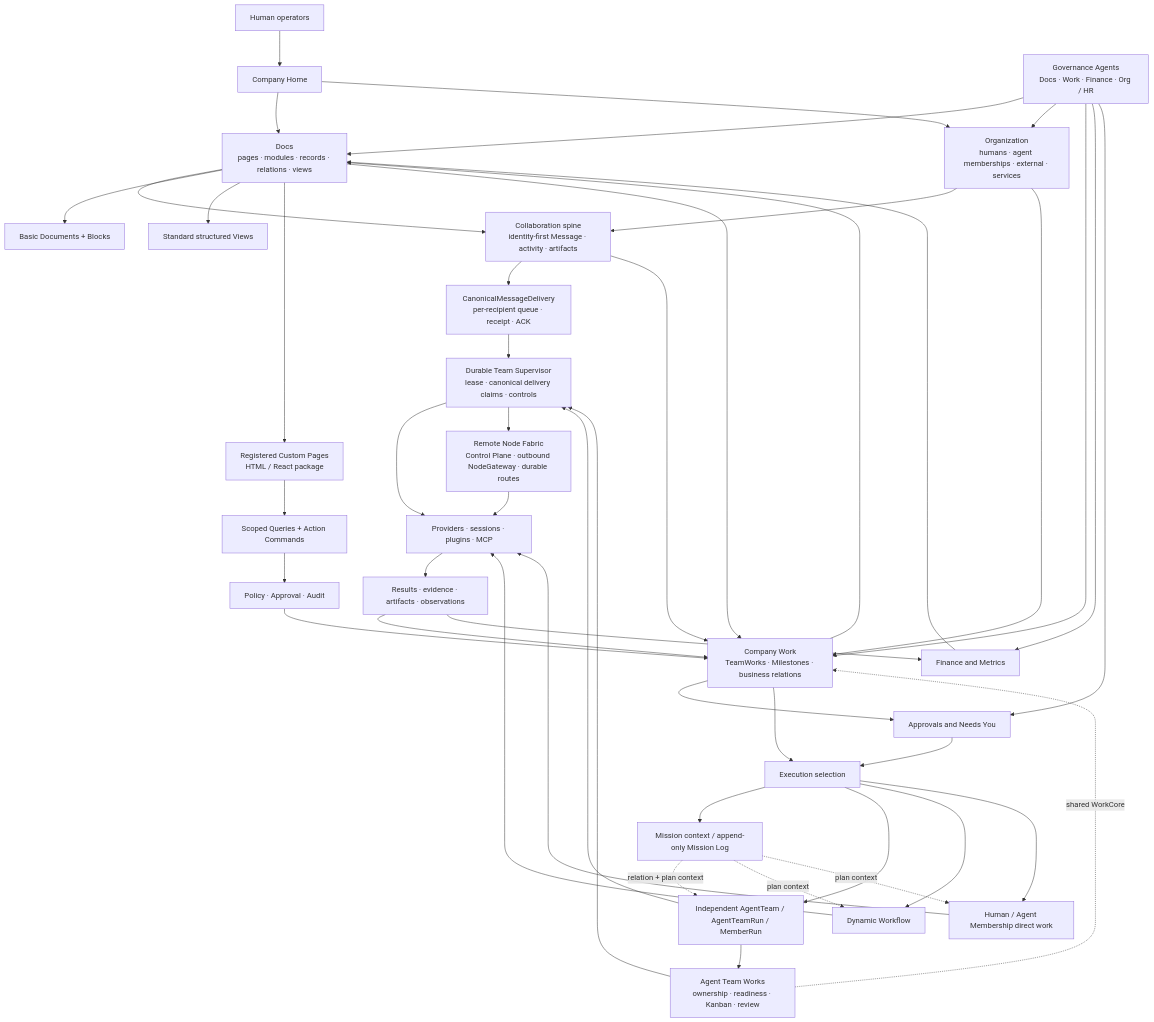
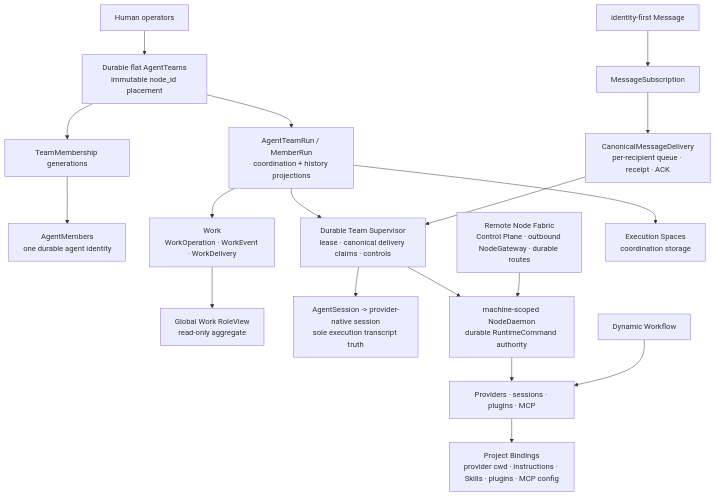
Before and after one commit to cyl19970726/multi-agent-harness: the diagram in docs/current/architecture/architecture-map.md, drawn with Mermaid. The commit also changed other lines of this file and 15 other files, not shown here.

First line of the commit message:
docs(wip): rewrite product/architecture docs for the DOC-108 cutover; archive the Mission-orchestration skill

````diff
--- a/docs/current/architecture/architecture-map.md
+++ b/docs/current/architecture/architecture-map.md
@@ -8,74 +9,39 @@
 ```mermaid
 flowchart TB
   Human["Human operators"]
-  Home["Company Home"]
-  Docs["Docs\npages · modules · records · relations · views"]
-  Blocks["Basic Documents + Blocks"]
-  Views["Standard structured Views"]
-  Custom["Registered Custom Pages\nHTML / React package"]
-  Actions["Scoped Queries + Action Commands"]
-  Policy["Policy · Approval · Audit"]
-  Org["Organization\nhumans · agent memberships · external · services"]
-  Collab["Collaboration spine\nidentity-first Message · activity · artifacts"]
+  Teams["Durable flat AgentTeams\nimmutable node_id placement"]
+  Members["AgentMembers\none durable agent identity"]
+  Membership["TeamMembership generations"]
+  Runs["AgentTeamRun / MemberRun\ncoordination + history projections"]
+  Supervisor["Durable Team Supervisor\nlease · canonical delivery claims · controls"]
+  Work["Work\nWorkOperation · WorkEvent · WorkDelivery"]
+  GlobalWork["Global Work RoleView\nread-only aggregate"]
+  Msg["identity-first Message"]
+  Sub["MessageSubscription"]
   Delivery["CanonicalMessageDelivery\nper-recipient queue · receipt · ACK"]
-  TeamWork["Agent Team Works\nownership · readiness · Kanban · review"]
-  Work["Company Work\nTeamWorks · Milestones · business relations"]
-  Approval["Approvals and Needs You"]
-  Gov["Governance Agents\nDocs · Work · Finance · Org / HR"]
-  Finance["Finance and Metrics"]
-  Exec["Execution selection"]
-  Mission["Mission context / append-only Mission Log"]
-  Team["Independent AgentTeam / AgentTeamRun / MemberRun"]
-  Supervisor["Durable Team Supervisor\nlease · canonical delivery claims · controls"]
+  Sessions["AgentSession -> provider-native session\nsole execution transcript truth"]
+  Daemon["machine-scoped NodeDaemon\ndurable RuntimeCommand authority"]
+  Fabric["Remote Node Fabric\nControl Plane · outbound NodeGateway · durable routes"]
+  Runtime["Providers · sessions · plugins · MCP"]
   Workflow["Dynamic Workflow"]
-  Direct["Human / Agent Membership direct work"]
-  Runtime["Providers · sessions · plugins · MCP"]
-  Fabric["Remote Node Fabric\nControl Plane · outbound NodeGateway · durable routes"]
-  Result["Results · evidence · artifacts · observations"]
+  Spaces["Execution Spaces\ncoordination storage"]
+  Bindings["Project Bindings\nprovider cwd · instructions · Skills · plugins · MCP config"]
 
-  Human --> Home
-  Home --> Docs
-  Home --> Org
-  Org --> Collab
-  Docs --> Collab
-  Collab --> Delivery
-  Collab --> Work
-  Docs --> Blocks
-  Docs --> Views
-  Docs --> Custom
-  Custom --> Actions
-  Actions --> Policy
-  Policy --> Work
-  Docs --> Work
-  Org --> Work
-  Work --> Approval
-  Work --> Exec
-  Approval --> Exec
-  Exec --> Mission
-  Exec --> Team
-  Exec --> Workflow
-  Exec --> Direct
-  Mission -.->|relation + plan context| Team
-  Mission -.->|plan context| Workflow
-  Mission -.->|plan context| Direct
-  Team --> Supervisor
-  Team --> TeamWork
-  TeamWork --> Supervisor
-  TeamWork -.->|shared WorkCore| Work
-  Supervisor --> Runtime
+  Human --> Teams
+  Teams --> Membership
+  Membership --> Members
+  Teams --> Runs
+  Runs --> Supervisor
+  Runs --> Work
+  Work --> GlobalWork
+  Msg --> Sub
+  Sub --> Delivery
   Delivery --> Supervisor
-  Supervisor --> Fabric
-  Fabric --> Runtime
+  Supervisor --> Sessions
+  Supervisor --> Daemon
+  Daemon --> Runtime
+  Fabric --> Daemon
   Workflow --> Runtime
-  Direct --> Runtime
-  Runtime --> Result
-  Result --> Work
-  Work --> Docs
-  Result --> Finance
-  Finance --> Docs
-  Gov --> Docs
-  Gov --> Org
-  Gov --> Work
-  Gov --> Finance
-  Gov --> Approval
+  Runs --> Spaces
+  Runtime --> Bindings
 ```
````
